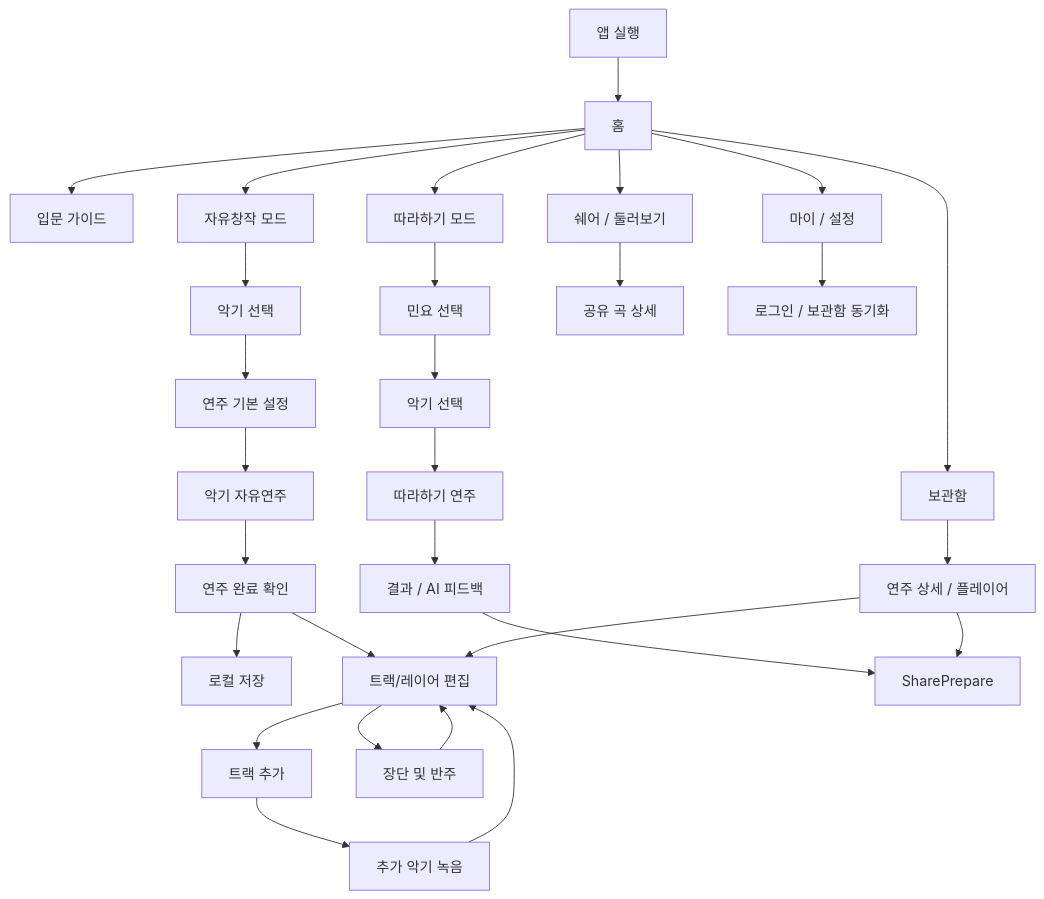
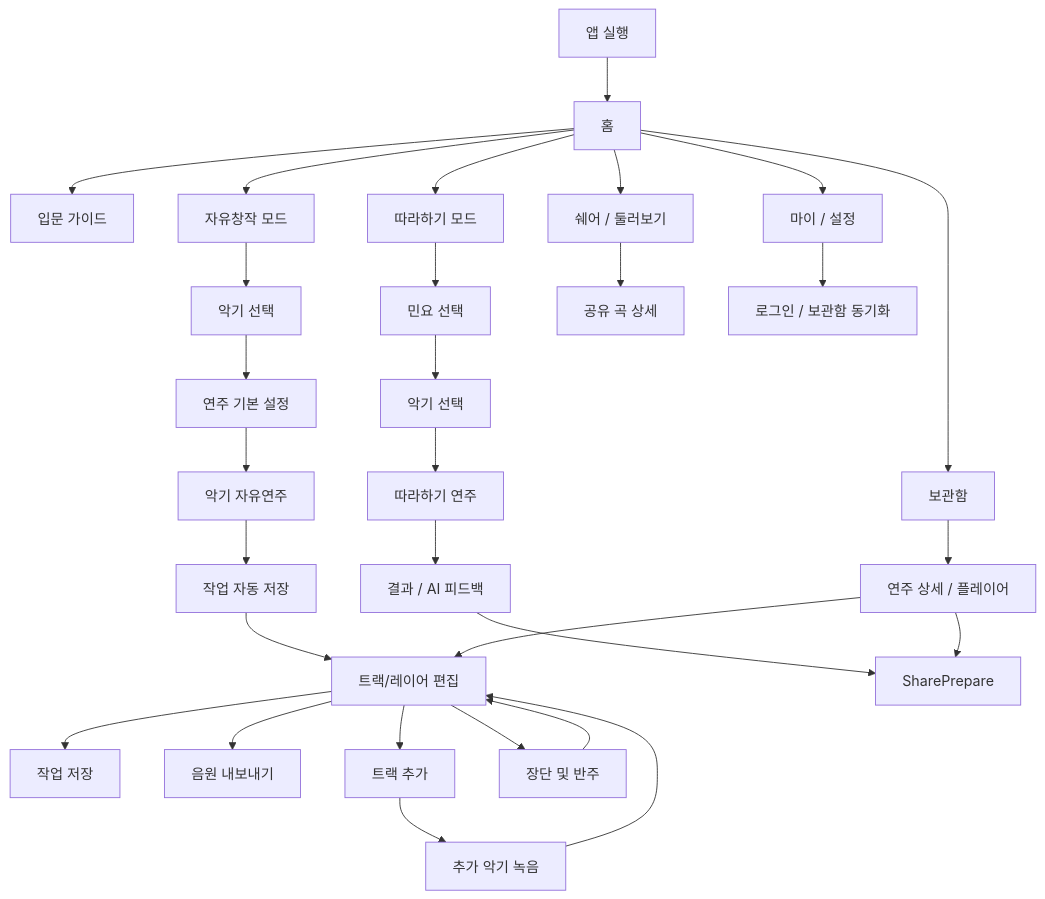
One commit to logan0741/GARAK-AI-Gugak-Studio changed the diagram in front/docs/product/screen-flow/current-screen-flow.md. Above: the diagram before and after it, drawn with Mermaid. The commit also changed other lines of this file and 2 other files, not shown here.

````diff
--- a/front/docs/product/screen-flow/current-screen-flow.md
+++ b/front/docs/product/screen-flow/current-screen-flow.md
@@ -97,38 +97,39 @@
 ```mermaid
 flowchart TD
     App["앱 실행"] --> Home["홈"]
 
     Home --> Guide["입문 가이드"]
     Home --> FreeMode["자유창작 모드"]
     Home --> PracticeEntry["따라하기 모드"]
     Home --> Library["보관함"]
     Home --> ShareFeed["쉐어 / 둘러보기"]
     Home --> Settings["마이 / 설정"]
 
     FreeMode --> InstrumentSettings["악기 선택"]
     InstrumentSettings --> PlayDefaults["연주 기본 설정"]
     PlayDefaults --> FreePlay["악기 자유연주"]
 
-    FreePlay --> RecordDone["연주 완료 확인"]
-    RecordDone --> SaveLocal["로컬 저장"]
-    RecordDone --> LayerEdit["트랙/레이어 편집"]
+    FreePlay --> AutoSaveWork["작업 자동 저장"]
+    AutoSaveWork --> LayerEdit["트랙/레이어 편집"]
+    LayerEdit --> SaveWork["작업 저장"]
+    LayerEdit --> ExportAudio["음원 내보내기"]
 
     LayerEdit --> AddTrack["트랙 추가"]
     AddTrack --> ExtraInstrumentRecord["추가 악기 녹음"]
     ExtraInstrumentRecord --> LayerEdit
     LayerEdit --> JangdanPanel["장단 및 반주"]
     JangdanPanel --> LayerEdit
 
     PracticeEntry --> SongSelect["민요 선택"]
     SongSelect --> PracticeInstrument["악기 선택"]
     PracticeInstrument --> PracticePlay["따라하기 연주"]
     PracticePlay --> PracticeResult["결과 / AI 피드백"]
     PracticeResult --> SharePrepare
 
     Library --> RecordingDetail["연주 상세 / 플레이어"]
     RecordingDetail --> LayerEdit
     RecordingDetail --> SharePrepare
 
     ShareFeed --> SharedDetail["공유 곡 상세"]
     Settings --> LoginSync["로그인 / 보관함 동기화"]
 ```
````
